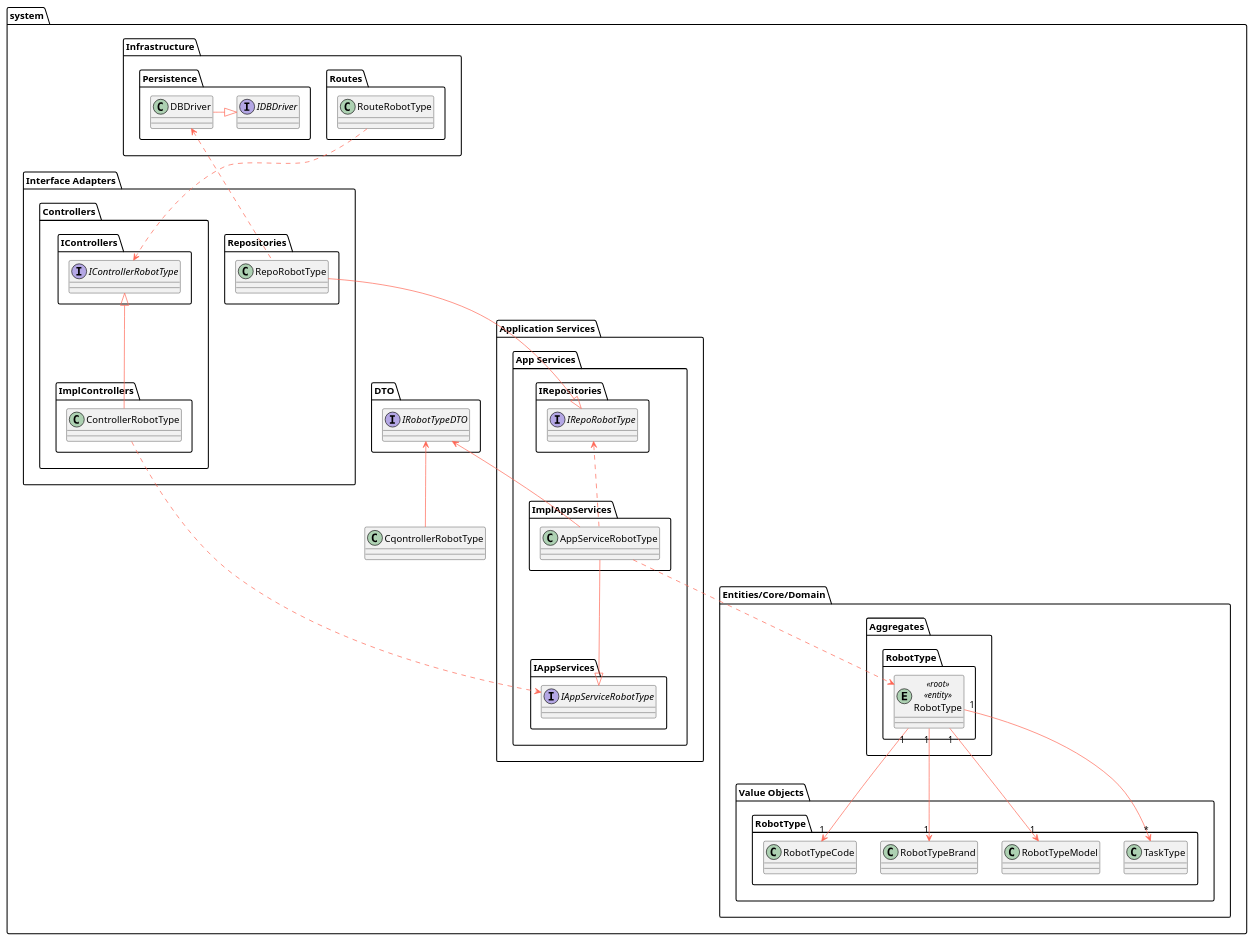
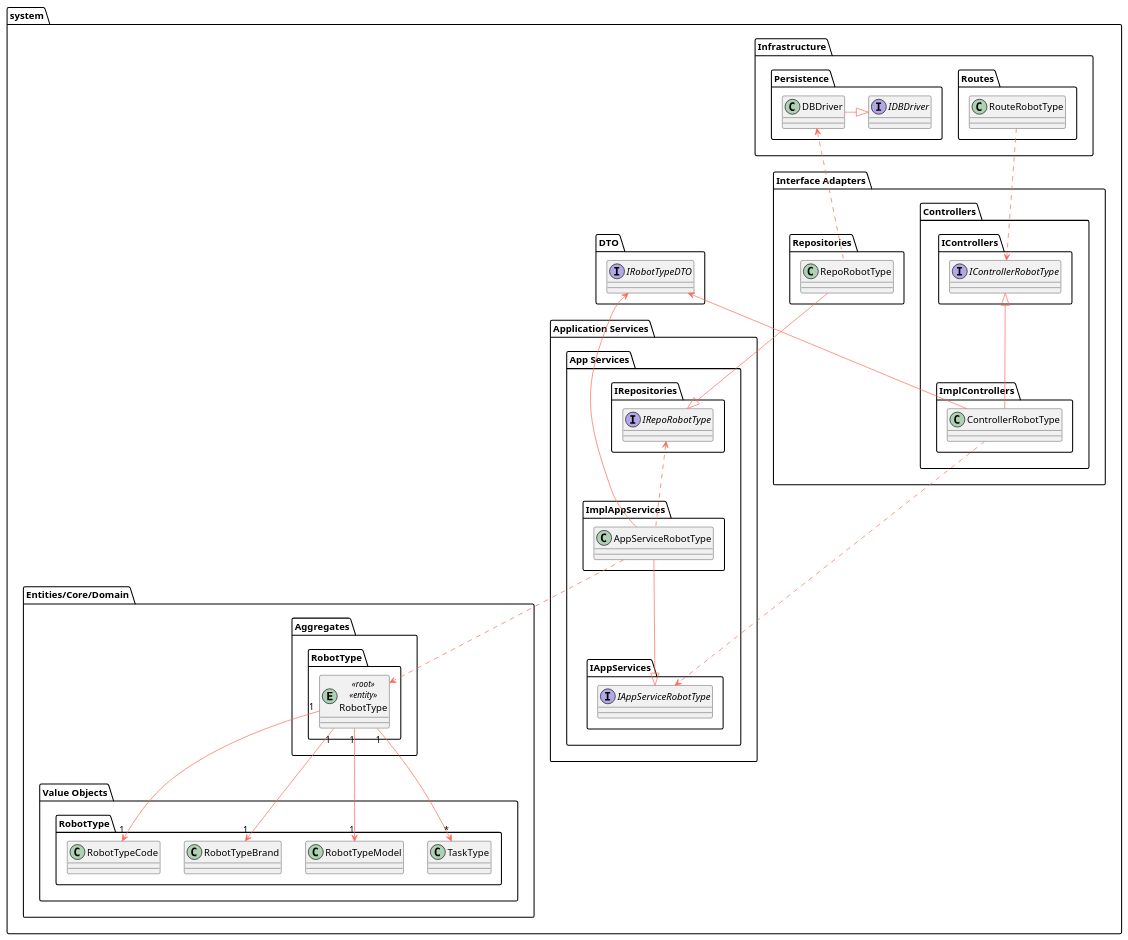
Before and after one commit to Departamento-de-Engenharia-Informatica/lapr5-23-24-g19: the diagram in docs/us350/level3/class-diagram.puml, drawn with PlantUML. The commit also changed 1 other file, not shown here.

```diff
--- a/docs/us350/level3/class-diagram.puml
+++ b/docs/us350/level3/class-diagram.puml
@@ -1,114 +1,114 @@
 @startuml
 
 skinparam component {
     FontSize 16
     BackgroundColor<<Apache>> LightCoral
     BorderColor<<Apache>> #FF6655
     FontName Courier
     BorderColor black
     BackgroundColor DeepSkyBlue
     ArrowFontName Impact
     ArrowColor #FF6655
 }
 
 package system {
     package "Infrastructure" {
 
         package "Routes" {
             class RouteRobotType
         }
         package "Persistence" {
             interface IDBDriver
             class DBDriver
         }
 
         DBDriver -right-|> IDBDriver
     }
 
     package "Interface Adapters" {
         package "Controllers" {
             package "IControllers" {
                 interface IControllerRobotType
             }
 
             package "ImplControllers" {
                 class ControllerRobotType
             }
             ControllerRobotType -up-|> IControllerRobotType
         }
 
         package "Repositories" {
             class RepoRobotType
 
         }
 
         RepoRobotType .up.> DBDriver
 
 
         RouteRobotType ..> IControllerRobotType
     }
 
     package "Application Services" {
         package "App Services" {
             package "IAppServices" {
                 interface IAppServiceRobotType
             }
 
             package "ImplAppServices" {
                 class AppServiceRobotType
             }
 
             AppServiceRobotType --|> IAppServiceRobotType
 
             package "IRepositories" {
                 interface IRepoRobotType
 
             }
 
             RepoRobotType --|> IRepoRobotType
 
         }
 
         ControllerRobotType ..> IAppServiceRobotType
 
         AppServiceRobotType .up.> IRepoRobotType
 
     }
 
     package "Entities/Core/Domain" {
         package "Aggregates" {
 
 
             package "RobotType" as a_building {
                 entity RobotType <<root>> <<entity>>
             }
         }
 
 
 
         package "Value Objects" {
             package "RobotType" as vo_building {
                 class RobotTypeCode
                 class RobotTypeBrand
                 class RobotTypeModel
                 class TaskType
             }
         }
 
         RobotType "1" --> "1" RobotTypeCode
         RobotType "1" --> "1" RobotTypeBrand
         RobotType "1" --> "1" RobotTypeModel
         RobotType "1" ---> "*" TaskType
 
         AppServiceRobotType ..> RobotType
 
     }
     package "DTO" {
         interface IRobotTypeDTO
 
     }
     AppServiceRobotType -up-> IRobotTypeDTO
-    CqontrollerRobotType -up-> IRobotTypeDTO
+    ControllerRobotType -up-> IRobotTypeDTO
 }
 
 @enduml
```
